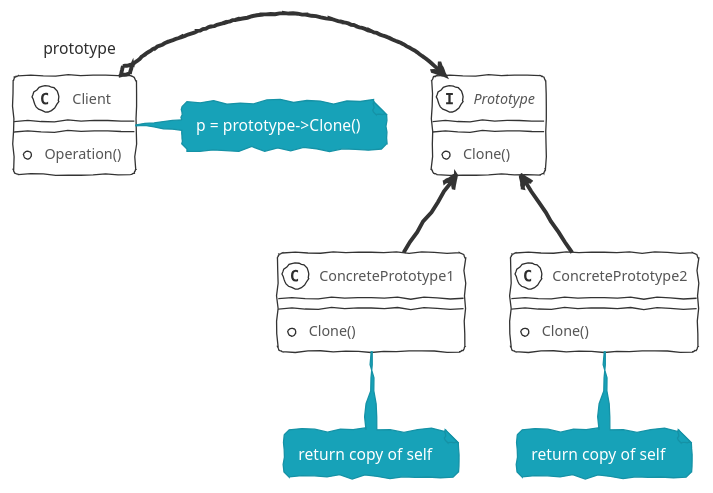
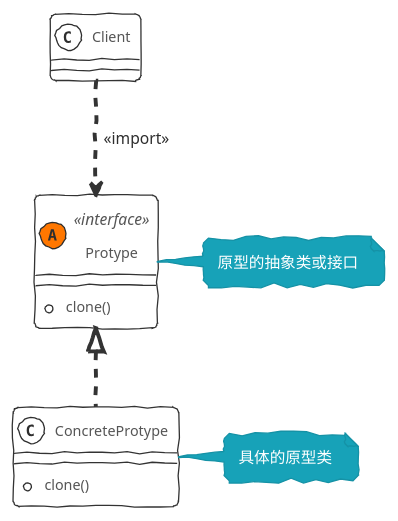
One commit to xiahubs/xiahubs.github.io changed the diagram in source/_posts/DesignPatterns/prototype.md. Above: the diagram before and after it, drawn with PlantUML. The commit also changed 18 other files, not shown here.

```diff
--- a/source/_posts/DesignPatterns/prototype.md
+++ b/source/_posts/DesignPatterns/prototype.md
@@ -8,26 +8,19 @@
 {% plantuml %}
 !theme sketchy-outline
-class Client {
-  + Operation()
+
+class Protype<< (A,#FF7700) interface>>
+{
+  + clone()
 }
-note right of Client
-p = prototype->Clone()
-end note
+note right: 原型的抽象类或接口
 
-interface Prototype {
-  + Clone()
+class ConcreteProtype
+{
+  + clone()
 }
+note right: 具体的原型类
 
-class ConcretePrototype1 {
-  + Clone()
-}
-note bottom of ConcretePrototype1: return copy of self
-class ConcretePrototype2 {
-  + Clone()
-}
-note bottom of ConcretePrototype2: return copy of self
+Protype <|.. ConcreteProtype
+Client ..> Protype:<<import>>
 
-Client "prototype" o-right-> Prototype
-ConcretePrototype1 -up-> Prototype
-ConcretePrototype2 -up-> Prototype
 {% endplantuml %}
```
